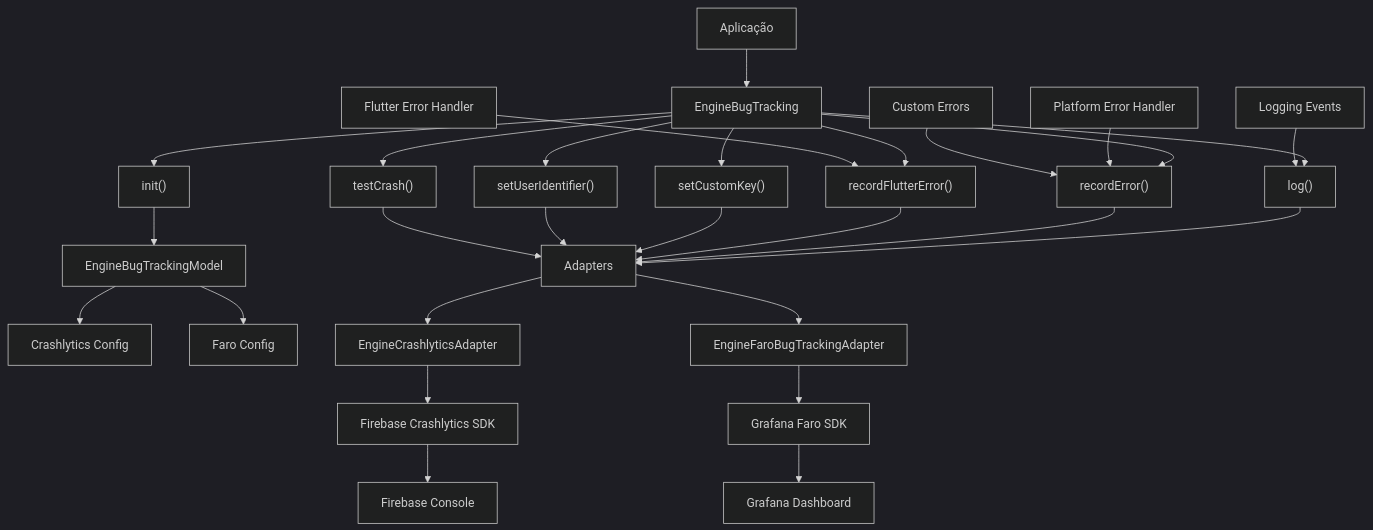
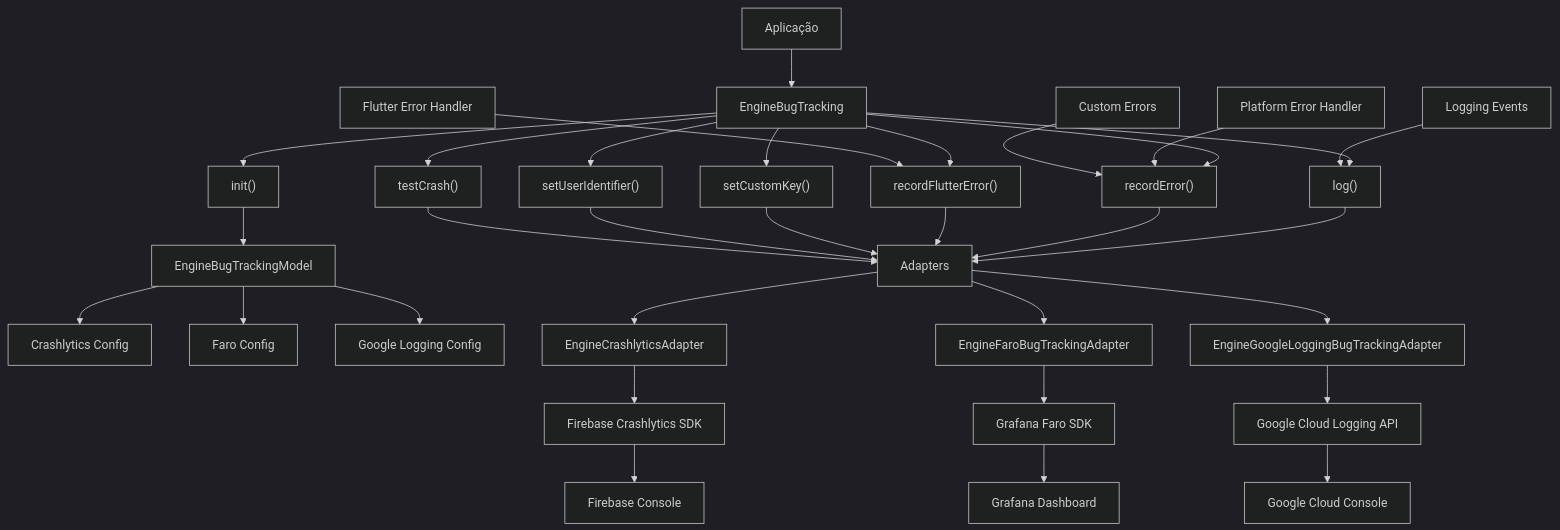
Before and after one commit to moreirawebmaster/engine-tracking: the fifth of 5 diagrams in README.md, drawn with Mermaid (dark theme). The commit also changed other lines of this file and 25 other files, not shown here.

````diff
--- a/README.md
+++ b/README.md
@@ -206,38 +209,42 @@
 ```mermaid
 graph TD
     A["Aplicação"] --> B["EngineBugTracking"]
     
     B --> C["init()"]
     B --> D["log()"]
     B --> E["recordError()"]
     B --> F["recordFlutterError()"]
     B --> G["setCustomKey()"]
     B --> H["setUserIdentifier()"]
     B --> I["testCrash()"]
     
     C --> J["EngineBugTrackingModel"]
     J --> K["Crashlytics Config"]
     J --> L["Faro Config"]
+    J --> M["Google Logging Config"]
     
-    D --> M["Adapters"]
-    E --> M
-    F --> M
-    G --> M
-    H --> M
-    I --> M
+    D --> N["Adapters"]
+    E --> N
+    F --> N
+    G --> N
+    H --> N
+    I --> N
     
-    M --> N["EngineCrashlyticsAdapter"]
-    M --> O["EngineFaroBugTrackingAdapter"]
+    N --> O["EngineCrashlyticsAdapter"]
+    N --> P["EngineFaroBugTrackingAdapter"]
+    N --> Q["EngineGoogleLoggingBugTrackingAdapter"]
     
-    N --> P["Firebase Crashlytics SDK"]
-    O --> Q["Grafana Faro SDK"]
+    O --> R["Firebase Crashlytics SDK"]
+    P --> S["Grafana Faro SDK"]
+    Q --> T["Google Cloud Logging API"]
     
-    P --> R["Firebase Console"]
-    Q --> S["Grafana Dashboard"]
+    R --> U["Firebase Console"]
+    S --> V["Grafana Dashboard"]
+    T --> W["Google Cloud Console"]
     
-    T["Flutter Error Handler"] --> F
-    U["Platform Error Handler"] --> E
+    X["Flutter Error Handler"] --> F
+    Y["Platform Error Handler"] --> E
     
-    V["Custom Errors"] --> E
-    W["Logging Events"] --> D
+    Z["Custom Errors"] --> E
+    AA["Logging Events"] --> D
 ```
````
